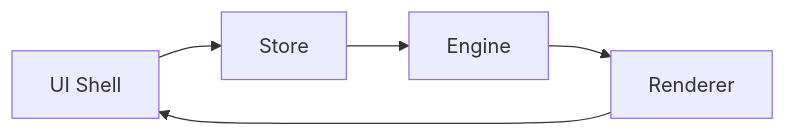
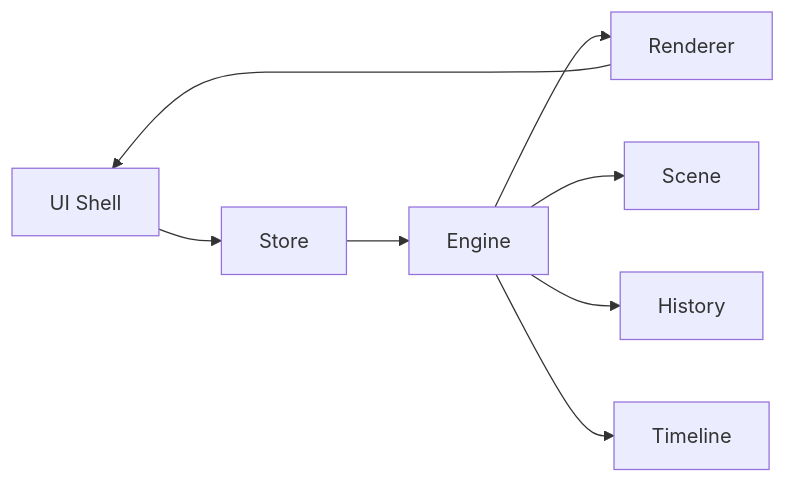
One commit to Anna0314zy/ai_editor_enginer changed the eighth of 8 diagrams in .qoder/repowiki/en/content/Architecture Overview/Architecture Overview.md. Above: the diagram before and after it, drawn with Mermaid. The commit also changed other lines of this file and 41 other files, not shown here.

````diff
--- a/.qoder/repowiki/en/content/Architecture Overview/Architecture Overview.md
+++ b/.qoder/repowiki/en/content/Architecture Overview/Architecture Overview.md
@@ -324,7 +418,10 @@
 ```mermaid
 graph LR
 UI["UI Shell"] --> STORE["Store"]
 STORE --> ENGINE["Engine"]
 ENGINE --> RENDERER["Renderer"]
 RENDERER --> UI
+ENGINE --> SCENE["Scene"]
+ENGINE --> HISTORY["History"]
+ENGINE --> TIMELINE["Timeline"]
 ```
````
